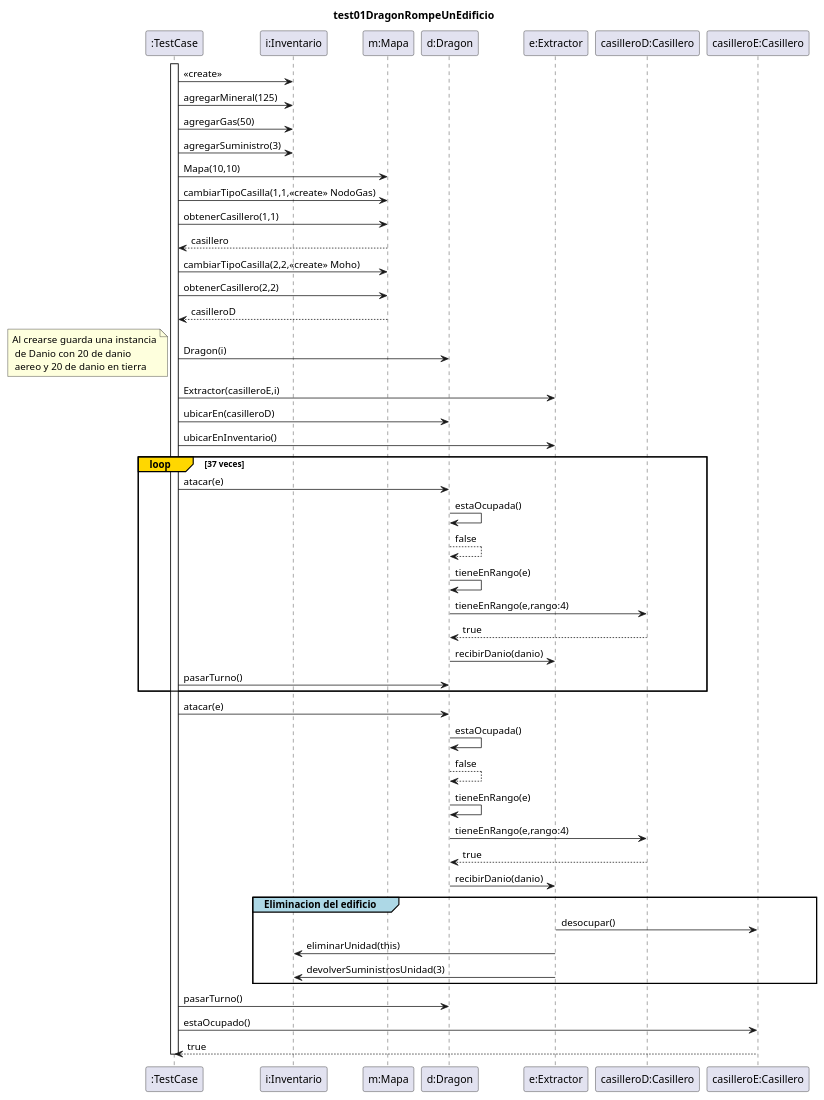
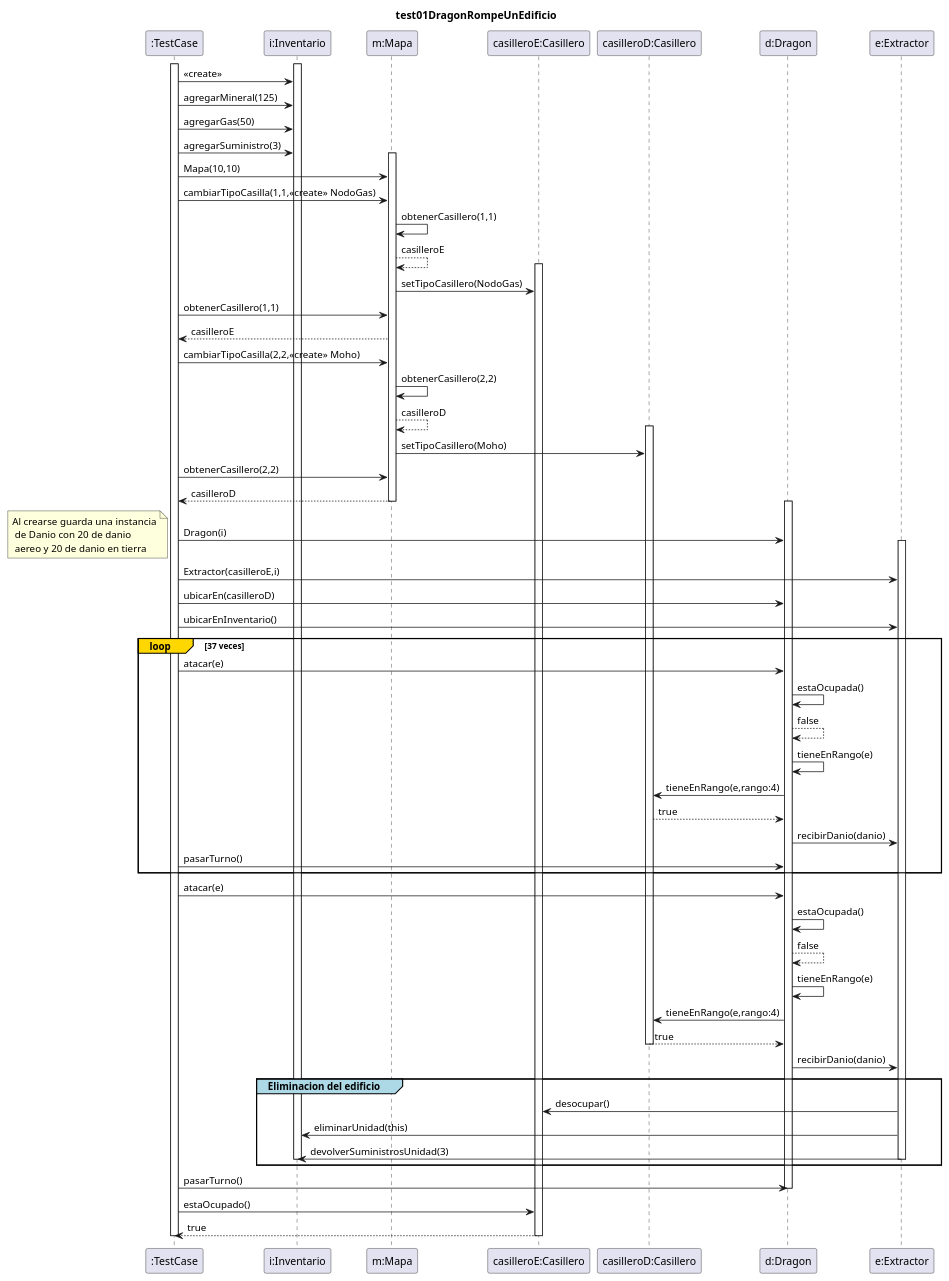
Before and after one commit to m-cabrerar/AlgoStar: the diagram in diagrams/sequences/DragonRompeEdificio.plantuml, drawn with PlantUML. The commit also changed 2 other files, not shown here.

Commit message:
Test de integracion 2

```diff
--- a/diagrams/sequences/DragonRompeEdificio.plantuml
+++ b/diagrams/sequences/DragonRompeEdificio.plantuml
@@ -1,56 +1,76 @@
 @startuml
 title test01DragonRompeUnEdificio
 
 activate ":TestCase"
+activate "i:Inventario"
 ":TestCase" -> "i:Inventario": <<create>>
 ":TestCase" -> "i:Inventario": agregarMineral(125)
 ":TestCase" -> "i:Inventario": agregarGas(50)
 ":TestCase" -> "i:Inventario": agregarSuministro(3)
 
+activate "m:Mapa"
 ":TestCase" -> "m:Mapa": Mapa(10,10)
 
 ":TestCase" -> "m:Mapa": cambiarTipoCasilla(1,1,<<create>> NodoGas)
+"m:Mapa" -> "m:Mapa": obtenerCasillero(1,1)
+"m:Mapa" --> "m:Mapa": casilleroE
+activate "casilleroE:Casillero"
+"m:Mapa" -> "casilleroE:Casillero": setTipoCasillero(NodoGas)
 ":TestCase" -> "m:Mapa": obtenerCasillero(1,1)
-"m:Mapa" --> ":TestCase": casillero
+"m:Mapa" --> ":TestCase": casilleroE
 
 ":TestCase" -> "m:Mapa": cambiarTipoCasilla(2,2,<<create>> Moho)
+"m:Mapa" -> "m:Mapa": obtenerCasillero(2,2)
+"m:Mapa" --> "m:Mapa": casilleroD
+activate "casilleroD:Casillero"
+"m:Mapa" -> "casilleroD:Casillero": setTipoCasillero(Moho)
 ":TestCase" -> "m:Mapa": obtenerCasillero(2,2)
 "m:Mapa" --> ":TestCase": casilleroD
+deactivate "m:Mapa"
 
-
+activate "d:Dragon"
 ":TestCase" -> "d:Dragon": Dragon(i)
 note left: Al crearse guarda una instancia\n de Danio con 20 de danio\n aereo y 20 de danio en tierra
+
+activate "e:Extractor"
 ":TestCase" -> "e:Extractor": Extractor(casilleroE,i)
 ":TestCase" -> "d:Dragon": ubicarEn(casilleroD)
 ":TestCase" -> "e:Extractor": ubicarEnInventario()
 
 loop#Gold 37 veces
 ":TestCase" -> "d:Dragon": atacar(e)
 "d:Dragon" -> "d:Dragon": estaOcupada()
 "d:Dragon" --> "d:Dragon": false
 "d:Dragon" -> "d:Dragon": tieneEnRango(e)
 "d:Dragon" -> "casilleroD:Casillero": tieneEnRango(e,rango:4)
 "casilleroD:Casillero" --> "d:Dragon": true
 "d:Dragon" -> "e:Extractor": recibirDanio(danio)
 ":TestCase" -> "d:Dragon": pasarTurno()
 end
 
 ":TestCase" -> "d:Dragon": atacar(e)
 "d:Dragon" -> "d:Dragon": estaOcupada()
 "d:Dragon" --> "d:Dragon": false
 "d:Dragon" -> "d:Dragon": tieneEnRango(e)
 "d:Dragon" -> "casilleroD:Casillero": tieneEnRango(e,rango:4)
 "casilleroD:Casillero" --> "d:Dragon": true
+deactivate "casilleroD:Casillero"
 "d:Dragon" -> "e:Extractor": recibirDanio(danio)
+
 group#LightBlue Eliminacion del edificio
 "e:Extractor" -> "casilleroE:Casillero": desocupar()
 "e:Extractor" -> "i:Inventario": eliminarUnidad(this)
 "e:Extractor" -> "i:Inventario": devolverSuministrosUnidad(3)
+deactivate "e:Extractor"
+deactivate "i:Inventario"
 end
+
 ":TestCase" -> "d:Dragon": pasarTurno()
+deactivate "d:Dragon"
 
 ":TestCase" -> "casilleroE:Casillero": estaOcupado()
 "casilleroE:Casillero" --> ":TestCase": true
 
+deactivate "casilleroE:Casillero"
 deactivate ":TestCase"
 @enduml
```
